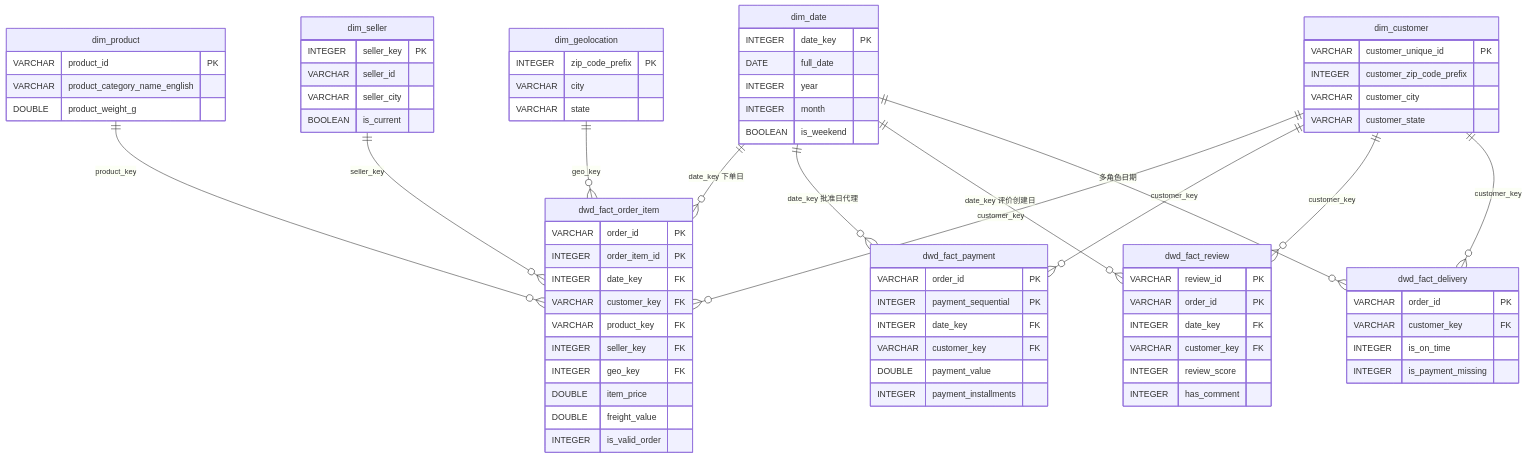
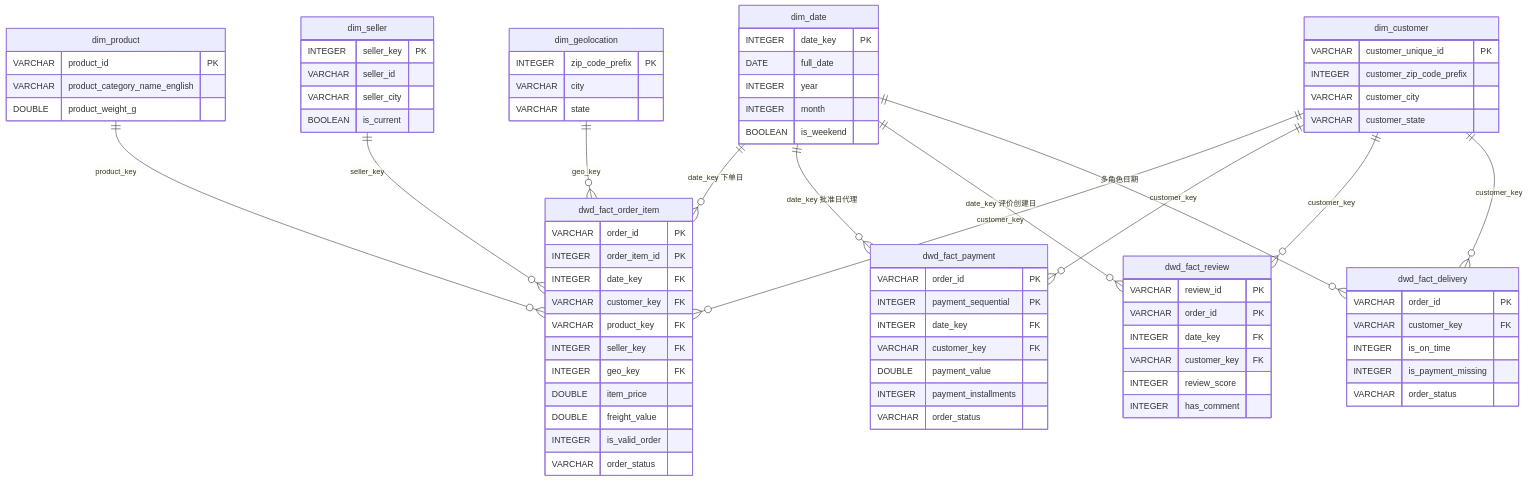
Before and after one commit to hss-11/ecommerce-dw: the diagram in docs/modeling.md, drawn with Mermaid. The commit also changed other lines of this file and 2 other files, not shown here.

````diff
--- a/docs/modeling.md
+++ b/docs/modeling.md
@@ -155,78 +158,81 @@
 ```mermaid
 erDiagram
     dim_date ||--o{ dwd_fact_order_item: "date_key 下单日"
     dim_date ||--o{ dwd_fact_payment:"date_key 批准日代理"
     dim_date ||--o{ dwd_fact_review : "date_key 评价创建日"
     dim_date ||--o{ dwd_fact_delivery : "多角色日期"
     dim_customer ||--o{ dwd_fact_order_item: "customer_key"
     dim_customer ||--o{ dwd_fact_payment: "customer_key"
     dim_customer ||--o{ dwd_fact_review: "customer_key"
     dim_customer ||--o{ dwd_fact_delivery: "customer_key"
     dim_product ||--o{ dwd_fact_order_item : "product_key"
     dim_seller ||--o{ dwd_fact_order_item : "seller_key"
     dim_geolocation ||--o{ dwd_fact_order_item: "geo_key"
 
     dim_date {
         INTEGER date_key PK
         DATE full_date
         INTEGER year
         INTEGER month
         BOOLEAN is_weekend
     }
     dim_customer {
         VARCHAR customer_unique_id PK
         INTEGER customer_zip_code_prefix
         VARCHAR customer_city
         VARCHAR customer_state
     }
     dim_product {
         VARCHAR product_id PK
         VARCHAR product_category_name_english
         DOUBLE product_weight_g
     }
     dim_seller {
         INTEGER seller_key PK
         VARCHAR seller_id
         VARCHAR seller_city
         BOOLEAN is_current
     }
     dim_geolocation {
         INTEGER zip_code_prefix PK
         VARCHAR city
         VARCHAR state
     }
     dwd_fact_order_item {
         VARCHAR order_id PK
         INTEGER order_item_id PK
         INTEGER date_key FK
         VARCHAR customer_key FK
         VARCHAR product_key FK
         INTEGER seller_key FK
         INTEGER geo_key FK
         DOUBLE item_price
         DOUBLE freight_value
         INTEGER is_valid_order
+        VARCHAR order_status
     }
     dwd_fact_payment {
         VARCHAR order_id PK
         INTEGER payment_sequential PK
         INTEGER date_key FK
         VARCHAR customer_key FK
         DOUBLE payment_value
         INTEGER payment_installments
+        VARCHAR order_status
     }
     dwd_fact_review {
         VARCHAR review_id PK
         VARCHAR order_id PK
         INTEGER date_key FK
         VARCHAR customer_key FK
         INTEGER review_score
         INTEGER has_comment
     }
     dwd_fact_delivery {
         VARCHAR order_id PK
         VARCHAR customer_key FK
         INTEGER is_on_time
         INTEGER is_payment_missing
+        VARCHAR order_status
     }
 ```
````
